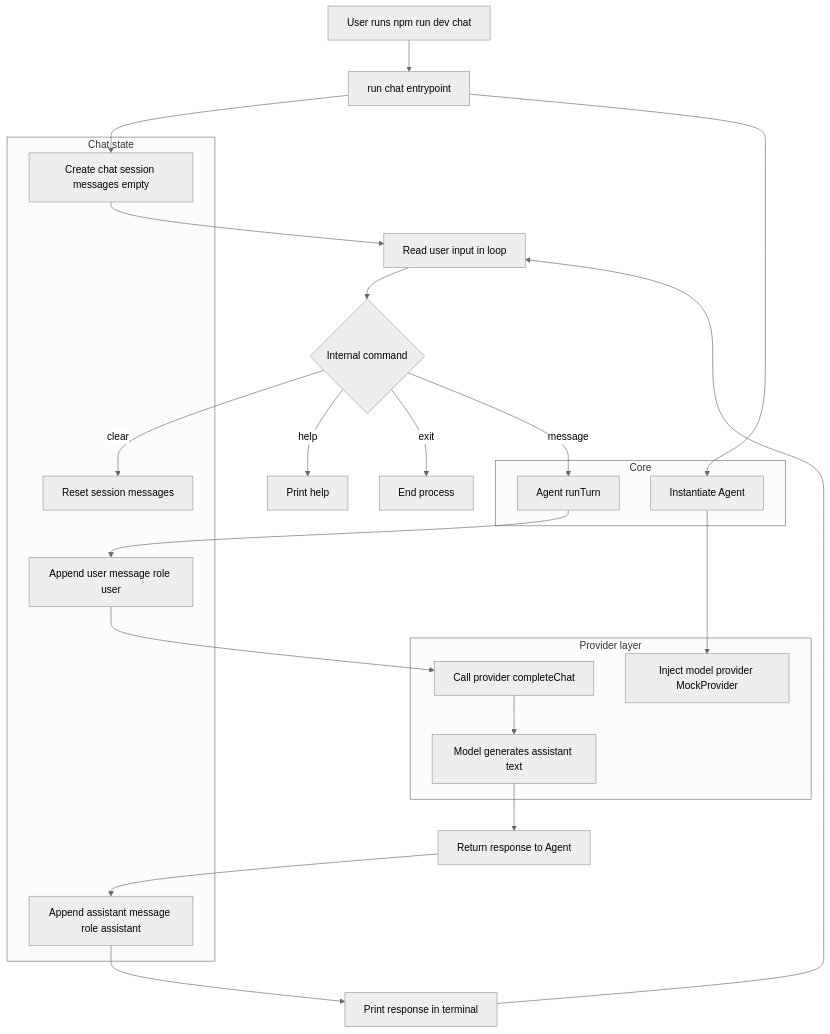
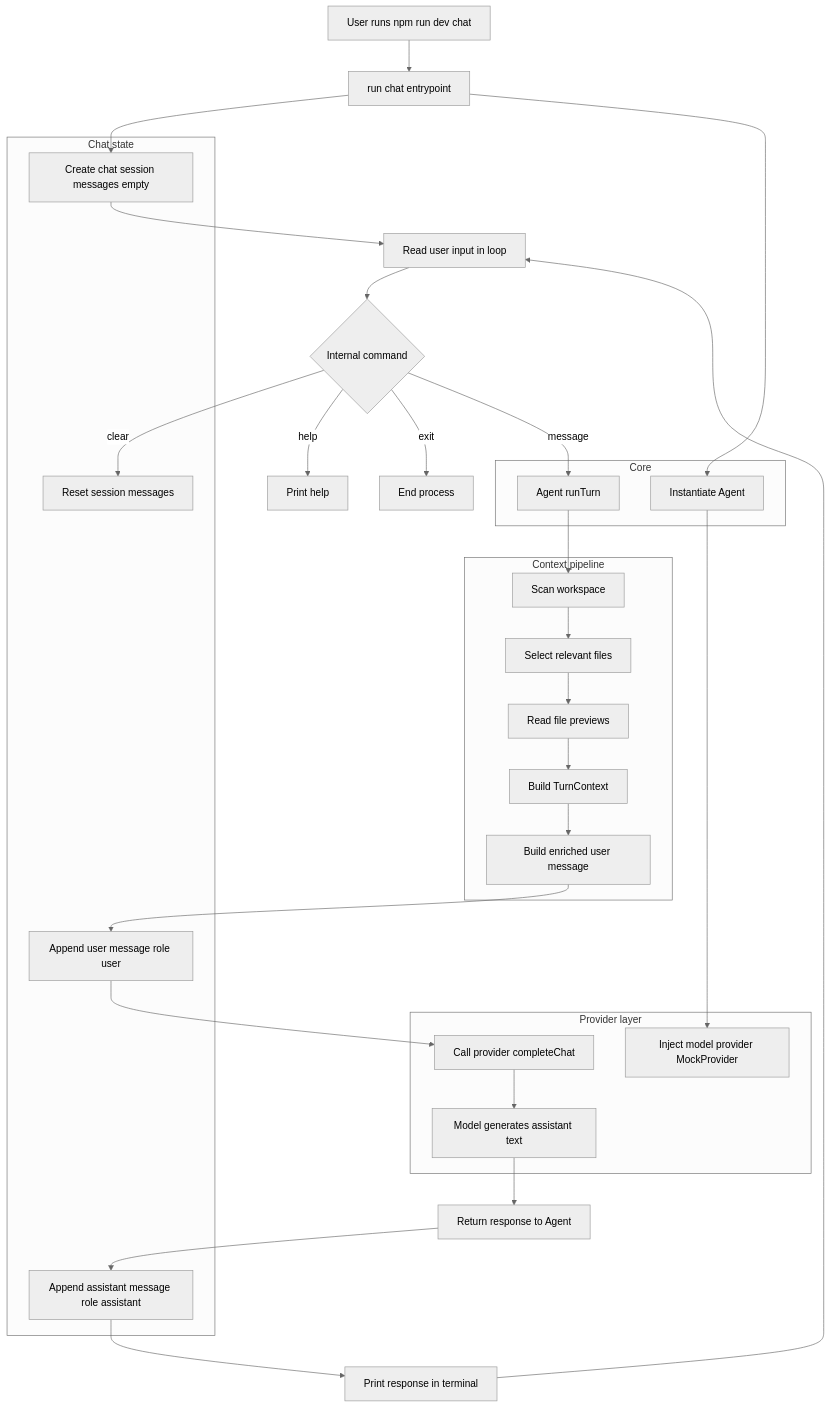
The diagram in README.md (lucasaguilar/rei), drawn with Mermaid (neutral theme) before and after one commit. The commit also changed other lines of this file and 5 other files, not shown here.

Commit message:
feat: implement repository-aware context building per user turn

````diff
--- a/README.md
+++ b/README.md
@@ -82,40 +135,53 @@
 ```mermaid
 flowchart TD
   A[User runs npm run dev chat] --> B[run chat entrypoint]
   B --> C[Create chat session messages empty]
     B --> D[Instantiate Agent]
   D --> E[Inject model provider MockProvider]
 
     C --> F[Read user input in loop]
   F --> G{Internal command}
   G -->|help| H[Print help]
   G -->|clear| I[Reset session messages]
   G -->|exit| J[End process]
   G -->|message| K[Agent runTurn]
 
-  K --> L[Append user message role user]
+  K --> SC[Scan workspace]
+  SC --> FS[Select relevant files]
+  FS --> FP[Read file previews]
+  FP --> CB[Build TurnContext]
+  CB --> EM[Build enriched user message]
+  EM --> L[Append user message role user]
   L --> M[Call provider completeChat]
     M --> N[Model generates assistant text]
     N --> O[Return response to Agent]
   O --> P[Append assistant message role assistant]
     P --> Q[Print response in terminal]
     Q --> F
 
     subgraph Core
       D
       K
+    end
+
+    subgraph Context pipeline
+      SC
+      FS
+      FP
+      CB
+      EM
     end
 
     subgraph Provider layer
       E
       M
       N
     end
 
     subgraph Chat state
       C
       L
       P
       I
     end
 ```
````
